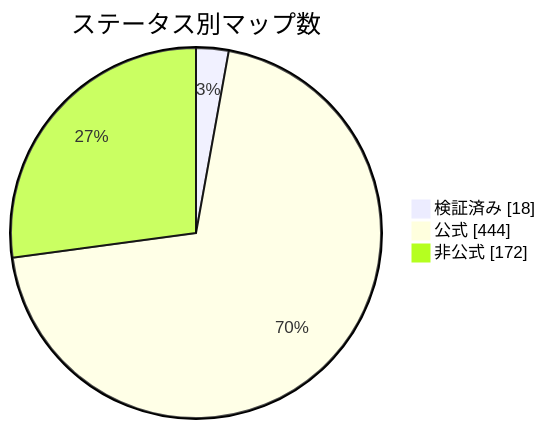
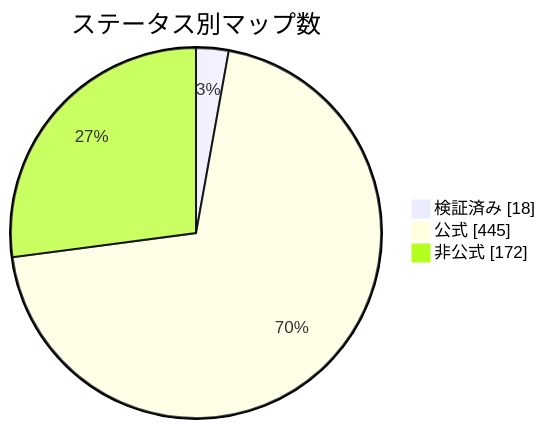
One commit to nobrega8/mbmap-library changed the diagram in docs/readme/README_JP.md. Above: the diagram before and after it, drawn with Mermaid. The commit also changed 6 other files, not shown here.

````diff
--- a/docs/readme/README_JP.md
+++ b/docs/readme/README_JP.md
@@ -54,7 +54,7 @@
 ```mermaid
 pie showData
     title ステータス別マップ数
     "検証済み" : 18
-    "公式" : 444
+    "公式" : 445
     "非公式" : 172
 ```
````
